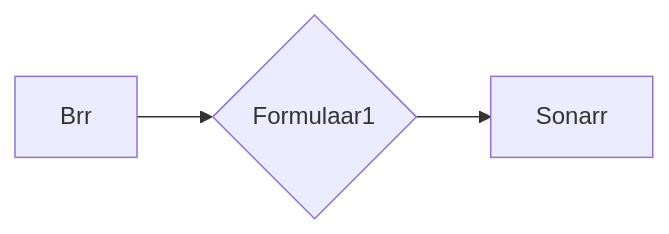
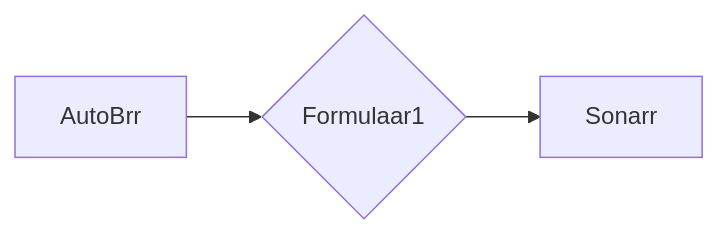
One commit to Jimmy062006/Formulaar1 changed the diagram in README.md. Above: the diagram before and after it, drawn with Mermaid. The commit also changed other lines of this file, not shown here.

````diff
--- a/README.md
+++ b/README.md
@@ -7,5 +7,5 @@
 ```mermaid
 graph LR
-A[Brr] --> B{Formulaar1}
+A[AutoBrr] --> B{Formulaar1}
 B --> D[Sonarr]
 ```
````
